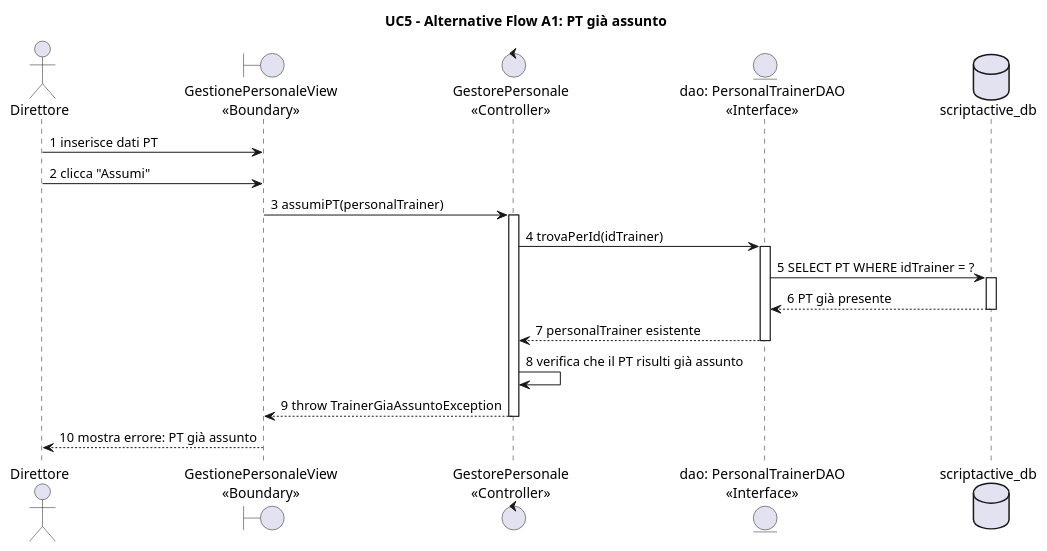
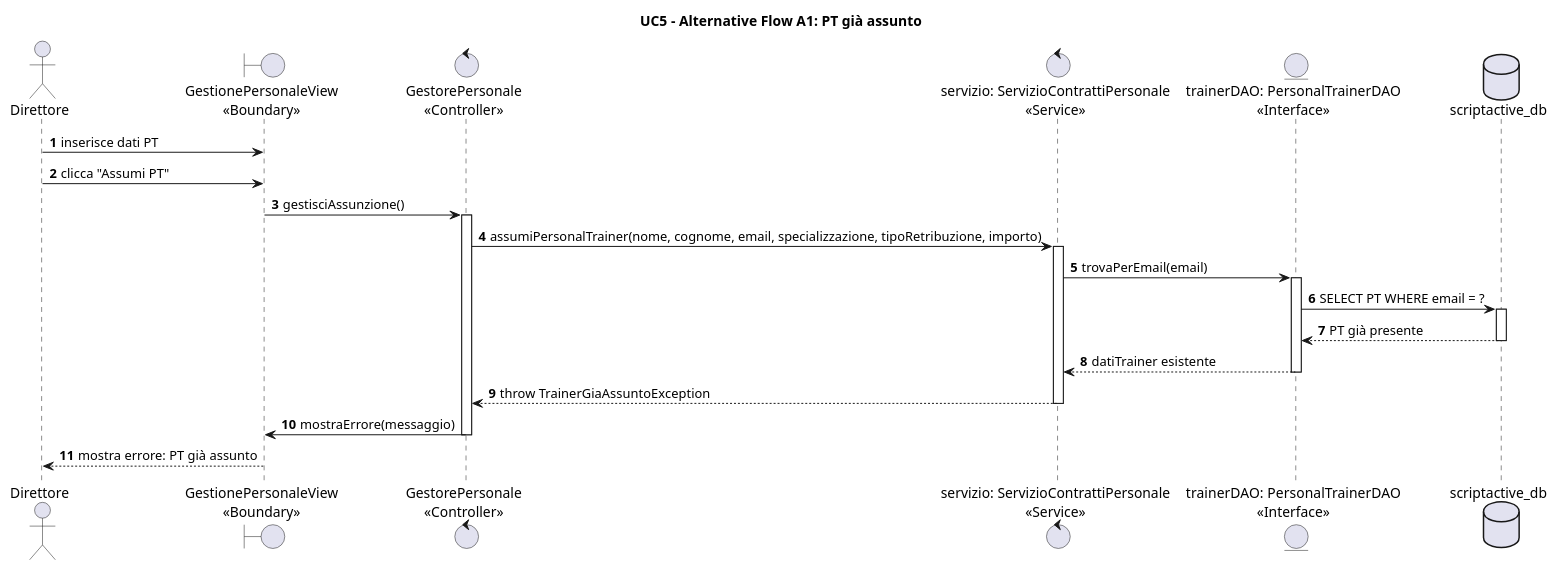
One commit to svilu999/Progetto-ScriptActive changed the fifth of 8 diagrams in ScriptActive/Documenti/08. Diagrammi di Sequenza/DSequenzaUC5.puml. Above: the diagram before and after it, drawn with PlantUML. The commit also changed other lines of this file and 33 other files, not shown here.

First line of the commit message:
Allinea i diagrammi UML al codice attuale

```diff
--- a/ScriptActive/Documenti/08. Diagrammi di Sequenza/DSequenzaUC5.puml
+++ b/ScriptActive/Documenti/08. Diagrammi di Sequenza/DSequenzaUC5.puml
@@ -296,34 +351,39 @@
-@startuml A1_TrainerGiaAssuntoException
+@startuml DSequenzaUC5Alt1
 title UC5 - Alternative Flow A1: PT già assunto
+
+autonumber
 
 actor "Direttore" as Direttore
 boundary "GestionePersonaleView\n<<Boundary>>" as View
 control "GestorePersonale\n<<Controller>>" as Controller
-entity "dao: PersonalTrainerDAO\n<<Interface>>" as PTDAO
+control "servizio: ServizioContrattiPersonale\n<<Service>>" as Servizio
+entity "trainerDAO: PersonalTrainerDAO\n<<Interface>>" as PTDAO
 database "scriptactive_db" as DB
 
-Direttore -> View : 1 inserisce dati PT
-Direttore -> View : 2 clicca "Assumi"
+Direttore -> View : inserisce dati PT
+Direttore -> View : clicca "Assumi PT"
 
-View -> Controller : 3 assumiPT(personalTrainer)
+View -> Controller : gestisciAssunzione()
 activate Controller
 
-Controller -> PTDAO : 4 trovaPerId(idTrainer)
+Controller -> Servizio : assumiPersonalTrainer(nome, cognome, email, specializzazione, tipoRetribuzione, importo)
+activate Servizio
+
+Servizio -> PTDAO : trovaPerEmail(email)
 activate PTDAO
-
-PTDAO -> DB : 5 SELECT PT WHERE idTrainer = ?
+PTDAO -> DB : SELECT PT WHERE email = ?
 activate DB
-DB --> PTDAO : 6 PT già presente
+DB --> PTDAO : PT già presente
 deactivate DB
-
-PTDAO --> Controller : 7 personalTrainer esistente
+PTDAO --> Servizio : datiTrainer esistente
 deactivate PTDAO
 
-Controller -> Controller : 8 verifica che il PT risulti già assunto
+Servizio --> Controller : throw TrainerGiaAssuntoException
+deactivate Servizio
 
-Controller --> View : 9 throw TrainerGiaAssuntoException
+Controller -> View : mostraErrore(messaggio)
 deactivate Controller
 
-View --> Direttore : 10 mostra errore: PT già assunto
+View --> Direttore : mostra errore: PT già assunto
 
 @enduml
```
